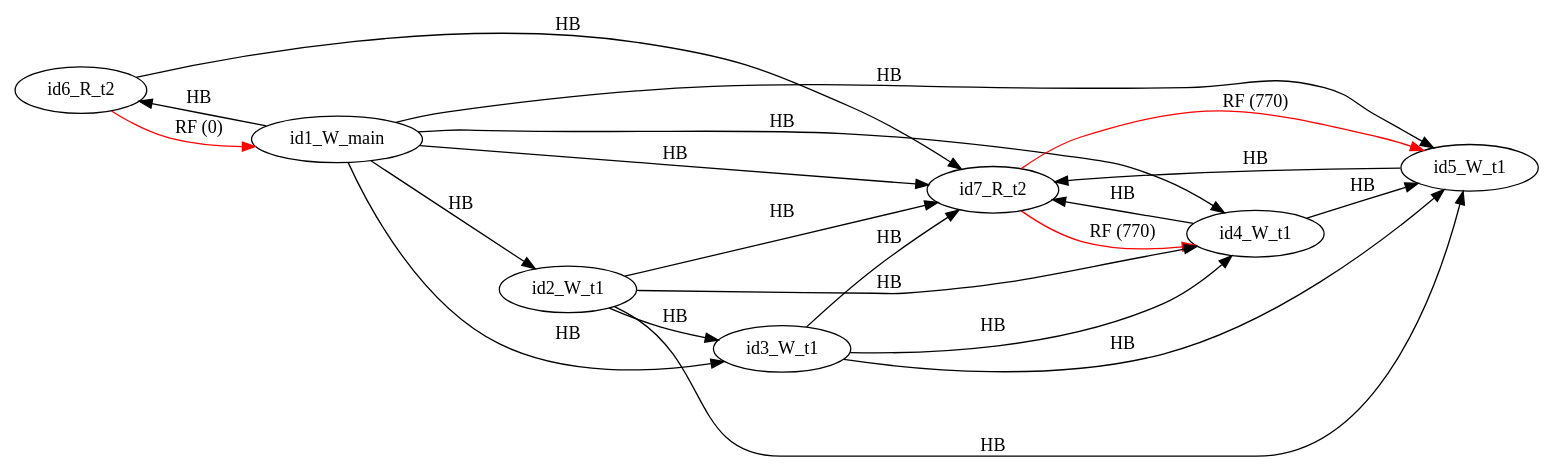
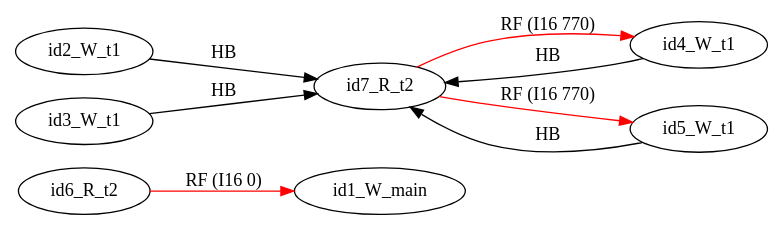
One commit to FMJS/EMME changed the diagram in examples/single_var/sv_simple18/mm7.dot. Above: the diagram before and after it, drawn with Graphviz. The commit also changed 241 other files, not shown here.

```diff
--- a/examples/single_var/sv_simple18/mm7.dot
+++ b/examples/single_var/sv_simple18/mm7.dot
@@ -1,31 +1,18 @@
 digraph memory_model {
 rankdir=LR;
 splines=true; esep=0.5;
-id6_R_t2 -> id1_W_main [label = "RF (0)", color="red"];
-id7_R_t2 -> id4_W_t1 [label = "RF (770)", color="red"];
-id7_R_t2 -> id5_W_t1 [label = "RF (770)", color="red"];
-id2_W_t1 -> id3_W_t1 [label = "HB", color="black"];
-id2_W_t1 -> id4_W_t1 [label = "HB", color="black"];
-id2_W_t1 -> id5_W_t1 [label = "HB", color="black"];
-id3_W_t1 -> id4_W_t1 [label = "HB", color="black"];
-id3_W_t1 -> id5_W_t1 [label = "HB", color="black"];
-id4_W_t1 -> id5_W_t1 [label = "HB", color="black"];
-id6_R_t2 -> id7_R_t2 [label = "HB", color="black"];
-id1_W_main -> id2_W_t1 [label = "HB", color="black"];
-id1_W_main -> id3_W_t1 [label = "HB", color="black"];
-id1_W_main -> id4_W_t1 [label = "HB", color="black"];
-id1_W_main -> id5_W_t1 [label = "HB", color="black"];
-id1_W_main -> id6_R_t2 [label = "HB", color="black"];
-id1_W_main -> id7_R_t2 [label = "HB", color="black"];
+id6_R_t2 -> id1_W_main [label = "RF (I16 0)", color="red"];
+id7_R_t2 -> id4_W_t1 [label = "RF (I16 770)", color="red"];
+id7_R_t2 -> id5_W_t1 [label = "RF (I16 770)", color="red"];
 id2_W_t1 -> id7_R_t2 [label = "HB", color="black"];
 id3_W_t1 -> id7_R_t2 [label = "HB", color="black"];
 id4_W_t1 -> id7_R_t2 [label = "HB", color="black"];
 id5_W_t1 -> id7_R_t2 [label = "HB", color="black"];
 id1_W_main [pos="2.5,8!"]
 id2_W_t1 [pos="0,6!"]
 id3_W_t1 [pos="0,4!"]
 id4_W_t1 [pos="0,2!"]
 id5_W_t1 [pos="0,0!"]
 id6_R_t2 [pos="5,6!"]
 id7_R_t2 [pos="5,4!"]
 }
```
